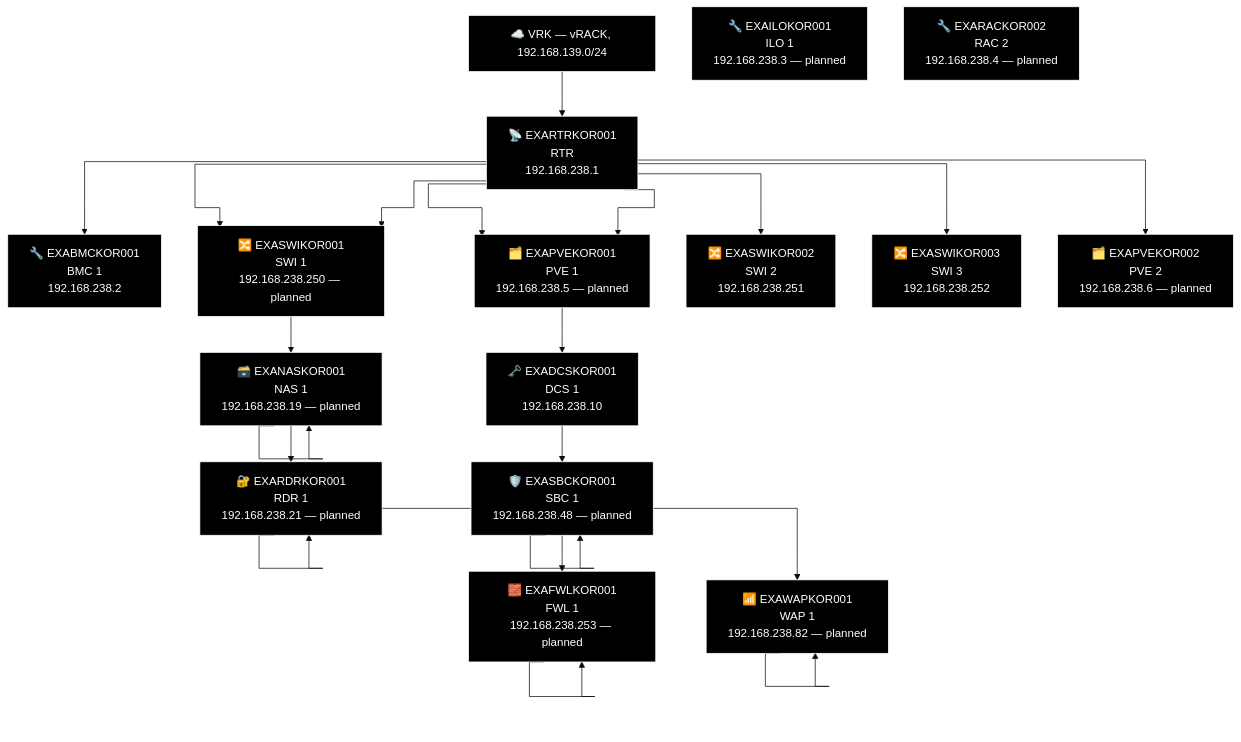
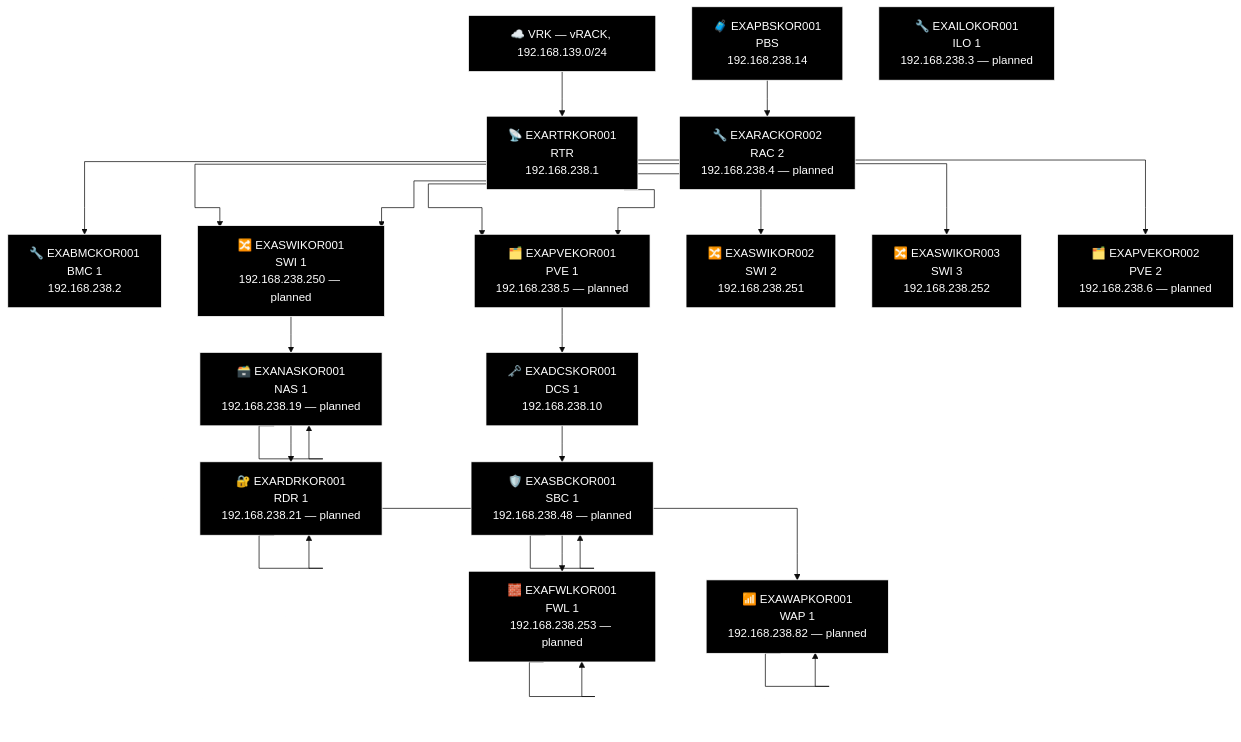
Diagram 14 of 23 in docs/network-diagram/danmark.md (knightmare2600/example_music_infra), drawn with Mermaid (base theme) before and after one commit. The commit also changed other lines of this file and 14 other files, not shown here.

First line of the commit message:
docs/network-diagram: regenerate, every site was missing its PBS node

````diff
--- a/docs/network-diagram/danmark.md
+++ b/docs/network-diagram/danmark.md
@@ -689,63 +701,66 @@
 ```mermaid
 %% GENERATED:TOPOLOGY:KOR:START
 %%{init: {'flowchart': {'curve': 'stepAfter'}}}%%
 graph TD
     T_VRK["☁️ VRK — vRACK, 192.168.139.0/24"]
     T_RTR["📡 EXARTRKOR001<br/>RTR<br/>192.168.238.1"]
     T_VRK --> T_RTR
     T_BMC["🔧 EXABMCKOR001<br/>BMC 1<br/>192.168.238.2"]
     T_RTR --> T_BMC
     T_PVE["🗂️ EXAPVEKOR001<br/>PVE 1<br/>192.168.238.5"]
     T_RTR --> T_PVE
     T_SWI["🔀 EXASWIKOR001<br/>SWI 1<br/>192.168.238.250"]
     T_RTR --> T_SWI
     T_SWI2["🔀 EXASWIKOR002<br/>SWI 2<br/>192.168.238.251"]
     T_RTR --> T_SWI2
     T_SWI3["🔀 EXASWIKOR003<br/>SWI 3<br/>192.168.238.252"]
     T_RTR --> T_SWI3
     T_SWI["🔀 EXASWIKOR001<br/>SWI 1<br/>192.168.238.250 — planned"]
     T_RTR --> T_SWI
     T_PVE["🗂️ EXAPVEKOR001<br/>PVE 1<br/>192.168.238.5 — planned"]
     T_RTR --> T_PVE
     T_PVE2["🗂️ EXAPVEKOR002<br/>PVE 2<br/>192.168.238.6 — planned"]
     T_RTR --> T_PVE2
     T_NAS["🗃️ EXANASKOR001<br/>NAS<br/>192.168.238.19"]
     T_NAS["🗃️ EXANASKOR001<br/>NAS 1<br/>192.168.238.19 — planned"]
     T_RDR["🔐 EXARDRKOR001<br/>RDR<br/>192.168.238.21"]
     T_RDR["🔐 EXARDRKOR001<br/>RDR 1<br/>192.168.238.21 — planned"]
     T_WAP["📶 EXAWAPKOR001<br/>WAP 1<br/>192.168.238.82"]
     T_WAP["📶 EXAWAPKOR001<br/>WAP 1<br/>192.168.238.82 — planned"]
     T_SWI --> T_NAS --> T_NAS --> T_RDR --> T_RDR --> T_WAP --> T_WAP
     T_DCS["🗝️ EXADCSKOR001<br/>DCS 1<br/>192.168.238.10"]
     T_SBC["🛡️ EXASBCKOR001<br/>SBC<br/>192.168.238.48"]
     T_SBC["🛡️ EXASBCKOR001<br/>SBC 1<br/>192.168.238.48 — planned"]
     T_FWL["🧱 EXAFWLKOR001<br/>LAN Face<br/>192.168.238.253"]
     T_FWL["🧱 EXAFWLKOR001<br/>FWL 1<br/>192.168.238.253 — planned"]
     T_PVE --> T_DCS --> T_SBC --> T_SBC --> T_FWL --> T_FWL
+    T_PBS["🧳 EXAPBSKOR001<br/>PBS<br/>192.168.238.14"]
     T_ILO["🔧 EXAILOKOR001<br/>ILO 1<br/>192.168.238.3 — planned"]
     T_RAC["🔧 EXARACKOR002<br/>RAC 2<br/>192.168.238.4 — planned"]
+    T_PBS --> T_RAC
     style T_VRK fill:#000000,stroke:#FFFFFF,color:#FFFFFF
     style T_RTR fill:#000000,stroke:#FFFFFF,color:#FFFFFF
     style T_BMC fill:#000000,stroke:#FFFFFF,color:#FFFFFF
     style T_PVE fill:#000000,stroke:#FFFFFF,color:#FFFFFF
     style T_SWI fill:#000000,stroke:#FFFFFF,color:#FFFFFF
     style T_SWI2 fill:#000000,stroke:#FFFFFF,color:#FFFFFF
     style T_SWI3 fill:#000000,stroke:#FFFFFF,color:#FFFFFF
     style T_SWI fill:#000000,stroke:#FFFFFF,color:#FFFFFF
     style T_PVE fill:#000000,stroke:#FFFFFF,color:#FFFFFF
     style T_PVE2 fill:#000000,stroke:#FFFFFF,color:#FFFFFF
     style T_NAS fill:#000000,stroke:#FFFFFF,color:#FFFFFF
     style T_NAS fill:#000000,stroke:#FFFFFF,color:#FFFFFF
     style T_RDR fill:#000000,stroke:#FFFFFF,color:#FFFFFF
     style T_RDR fill:#000000,stroke:#FFFFFF,color:#FFFFFF
     style T_WAP fill:#000000,stroke:#FFFFFF,color:#FFFFFF
     style T_WAP fill:#000000,stroke:#FFFFFF,color:#FFFFFF
     style T_DCS fill:#000000,stroke:#FFFFFF,color:#FFFFFF
     style T_SBC fill:#000000,stroke:#FFFFFF,color:#FFFFFF
     style T_SBC fill:#000000,stroke:#FFFFFF,color:#FFFFFF
     style T_FWL fill:#000000,stroke:#FFFFFF,color:#FFFFFF
     style T_FWL fill:#000000,stroke:#FFFFFF,color:#FFFFFF
+    style T_PBS fill:#000000,stroke:#FFFFFF,color:#FFFFFF
     style T_ILO fill:#000000,stroke:#FFFFFF,color:#FFFFFF
     style T_RAC fill:#000000,stroke:#FFFFFF,color:#FFFFFF
 %% GENERATED:TOPOLOGY:KOR:END
 ```
````
